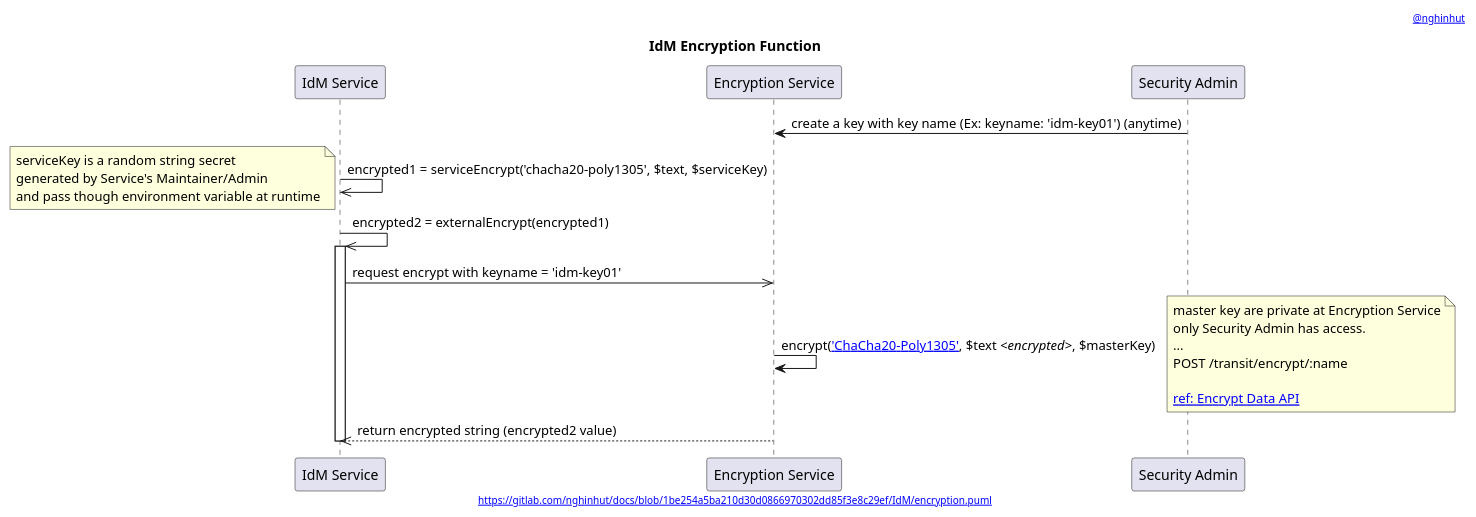
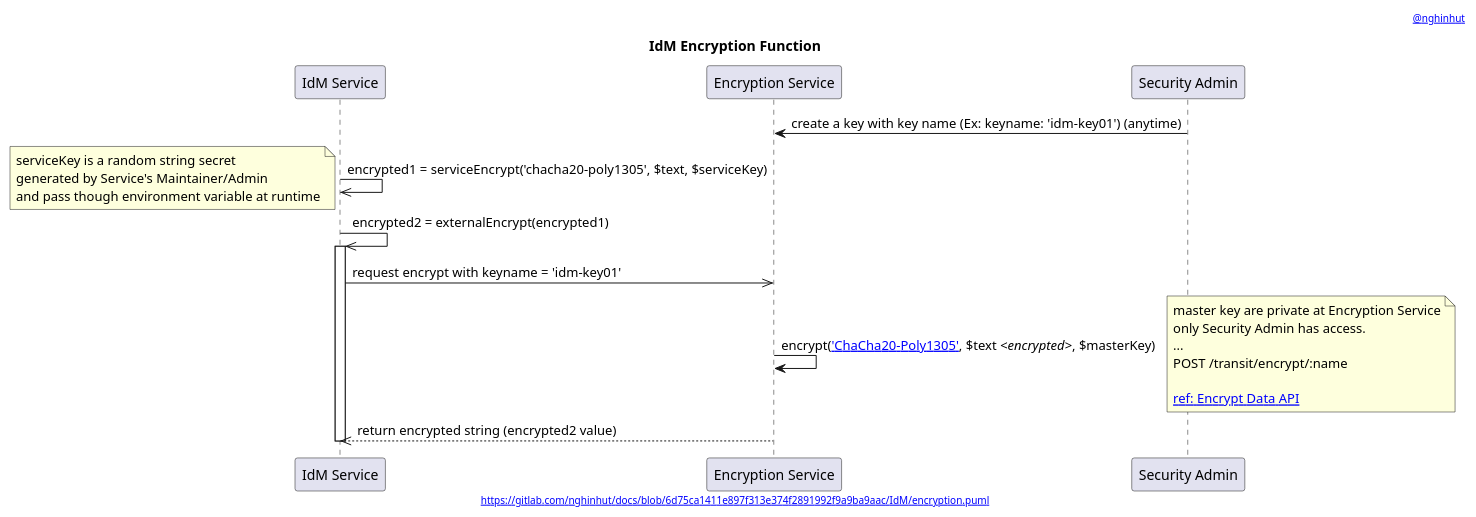
Before and after one commit to nghinhut/docs: the diagram in IdM/encryption.function.puml, drawn with PlantUML. The commit also changed 23 other files, not shown here.

Commit message:
Update diagrams

```diff
--- a/IdM/encryption.function.puml
+++ b/IdM/encryption.function.puml
@@ -1,36 +1,36 @@
 @startuml
 '-----START auto generated metadata please keep comment here to allow auto update-----
 '-----DON'T EDIT THIS SECTION, INSTEAD RE-RUN prebuild.sh TO UPDATE-----
-header [[https://www.nghinhut.dev?from=http%5C%3A%5C%2F%5C%2Fwww%5C.plantuml%5C.com%5C%2Fplantuml%5C%2Fproxy%3Ffmt%3Dsvg%5C%26src%3Dhttps%5C%3A%5C%2F%5C%2Fgitlab%5C.com%5C%2Fnghinhut%5C%2Fdocs%5C%2Fraw%5C%2F1be254a5ba210d30d0866970302dd85f3e8c29ef%5C%2FIdM%5C%2Fencryption%5C.puml%0A @nghinhut]]
-footer [[http://www.plantuml.com/plantuml/proxy?fmt=svg&src=https://gitlab.com/nghinhut/docs/raw/1be254a5ba210d30d0866970302dd85f3e8c29ef/IdM/encryption.puml https://gitlab.com/nghinhut/docs/blob/1be254a5ba210d30d0866970302dd85f3e8c29ef/IdM/encryption.puml]]
+header [[https://www.nghinhut.dev?from=http%5C%3A%5C%2F%5C%2Fwww%5C.plantuml%5C.com%5C%2Fplantuml%5C%2Fproxy%3Ffmt%3Dsvg%5C%26src%3Dhttps%5C%3A%5C%2F%5C%2Fgitlab%5C.com%5C%2Fnghinhut%5C%2Fdocs%5C%2Fraw%5C%2F6d75ca1411e897f313e374f2891992f9a9ba9aac%5C%2FIdM%5C%2Fencryption%5C.puml%0A @nghinhut]]
+footer [[http://www.plantuml.com/plantuml/proxy?fmt=svg&src=https://gitlab.com/nghinhut/docs/raw/6d75ca1411e897f313e374f2891992f9a9ba9aac/IdM/encryption.puml https://gitlab.com/nghinhut/docs/blob/6d75ca1411e897f313e374f2891992f9a9ba9aac/IdM/encryption.puml]]
 '-----END auto generated metadata please keep comment here to allow auto update-----
 title IdM Encryption Function
 participant "IdM Service" as idm
 participant "Encryption Service" as es
 participant "Security Admin" as esAdmin
 
 es <- esAdmin : create a key with key name (Ex: keyname: 'idm-key01') (anytime)
 
 idm ->> idm : encrypted1 = serviceEncrypt('chacha20-poly1305', $text, $serviceKey)
 note left
     serviceKey is a random string secret
     generated by Service's Maintainer/Admin
     and pass though environment variable at runtime
 end note
 
 idm ->> idm : encrypted2 = externalEncrypt(encrypted1)
 activate idm
     idm ->> es : request encrypt with keyname = 'idm-key01'
         es -> es : encrypt([[https://www.vaultproject.io/docs/secrets/transit/index.html#chacha20-poly1305{ChaCha20-Poly1305 with a 256-bit key} 'ChaCha20-Poly1305']], $text //<encrypted>//, $masterKey)
         note right
             master key are private at Encryption Service
             only Security Admin has access.
             ...
             POST /transit/encrypt/:name
 
             [[https://www.vaultproject.io/api/secret/transit/index.html#encrypt-data ref: Encrypt Data API]]
         end note
     idm <<-- es : return encrypted string (encrypted2 value)
 deactivate idm
 
 @enduml
```
